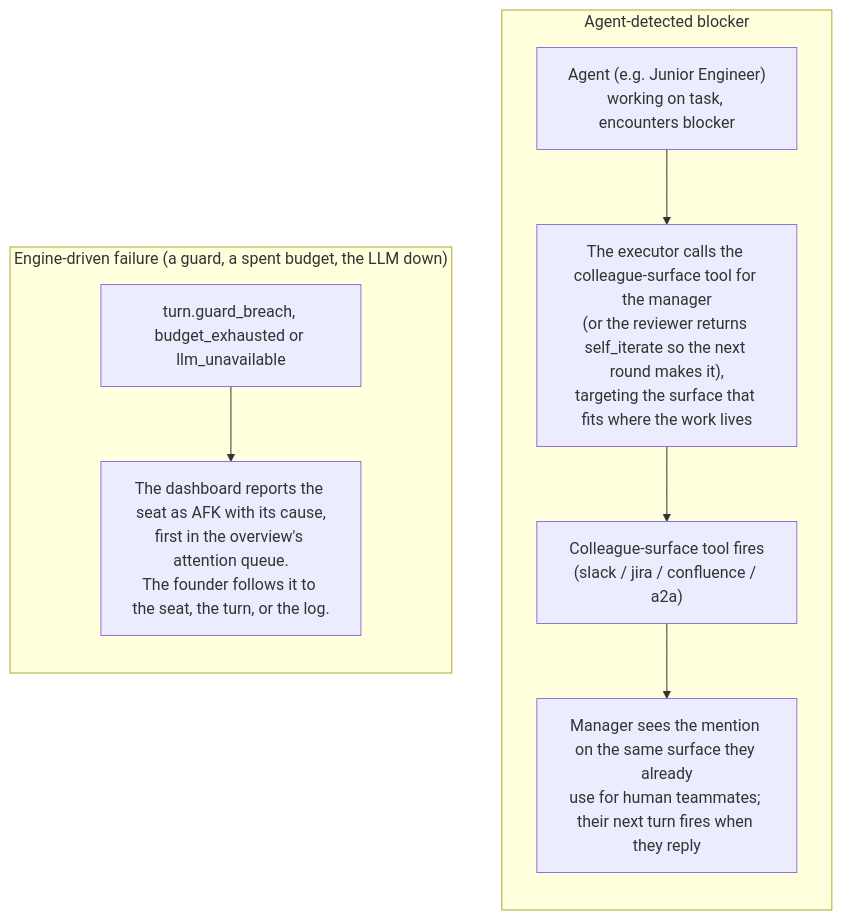
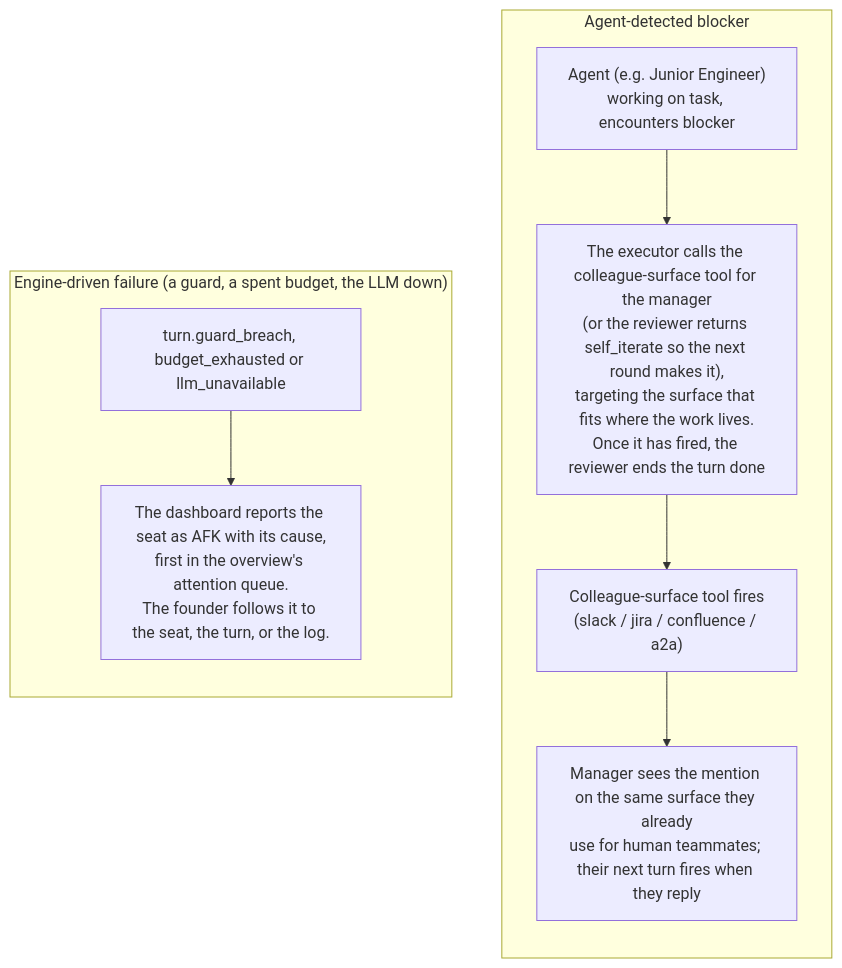
The third of 3 diagrams in docs/concepts/task-engine.md (crewlet/crewlet), drawn with Mermaid before and after one commit. The commit also changed other lines of this file and 4 other files, not shown here.

First line of the commit message:
docs(docs): describe a blocked turn that already asked as done

````diff
--- a/docs/concepts/task-engine.md
+++ b/docs/concepts/task-engine.md
@@ -211,17 +211,17 @@
 ```mermaid
 flowchart TD
     subgraph blocked["Agent-detected blocker"]
         direction TB
         A["Agent (e.g. Junior Engineer)<br/>working on task, encounters blocker"]
-        B["The executor calls the colleague-surface tool for the manager<br/>(or the reviewer returns self_iterate so the next round makes it),<br/>targeting the surface that fits where the work lives"]
+        B["The executor calls the colleague-surface tool for the manager<br/>(or the reviewer returns self_iterate so the next round makes it),<br/>targeting the surface that fits where the work lives.<br/>Once it has fired, the reviewer ends the turn done"]
         C["Colleague-surface tool fires<br/>(slack / jira / confluence / a2a)"]
         D["Manager sees the mention on the same surface they already<br/>use for human teammates; their next turn fires when they reply"]
         A --> B --> C --> D
     end
     subgraph enginefail["Engine-driven failure (a guard, a spent budget, the LLM down)"]
         direction TB
         E["turn.guard_breach, budget_exhausted or llm_unavailable"]
         F["The dashboard reports the seat as AFK with its cause,<br/>first in the overview's attention queue.<br/>The founder follows it to the seat, the turn, or the log."]
         E --> F
     end
 ```
````
